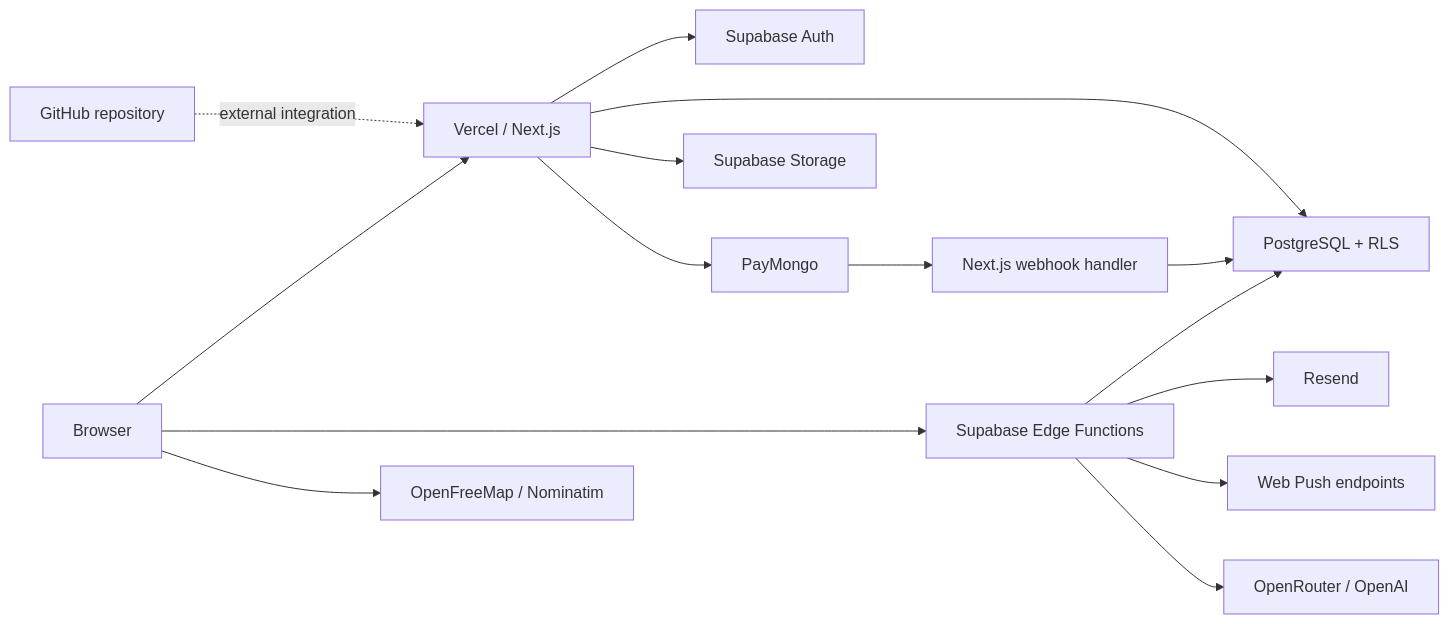
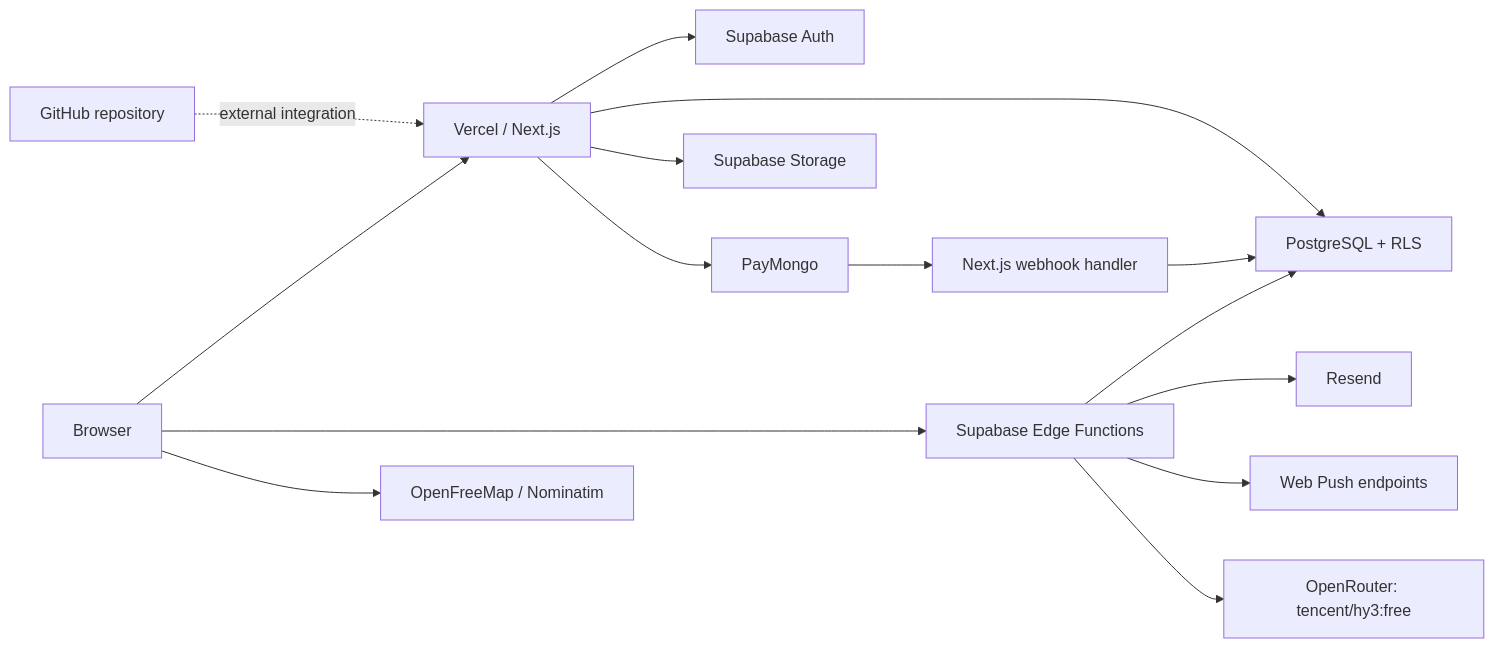
One commit to Jassim3nidad/venora changed the first of 10 diagrams in docs/architecture.md. Above: the diagram before and after it, drawn with Mermaid. The commit also changed other lines of this file and 45 other files, not shown here.

````diff
--- a/docs/architecture.md
+++ b/docs/architecture.md
@@ -9,17 +9,17 @@
 ```mermaid
 flowchart LR
   Browser["Browser"] --> Vercel["Vercel / Next.js"]
   Vercel --> Auth["Supabase Auth"]
   Vercel --> DB["PostgreSQL + RLS"]
   Vercel --> Storage["Supabase Storage"]
   Vercel --> PayMongo["PayMongo"]
   PayMongo --> Webhook["Next.js webhook handler"]
   Webhook --> DB
   Browser --> Edge["Supabase Edge Functions"]
   Edge --> DB
   Edge --> Resend["Resend"]
   Edge --> Push["Web Push endpoints"]
-  Edge --> AI["OpenRouter / OpenAI"]
+  Edge --> AI["OpenRouter: tencent/hy3:free"]
   Browser --> Maps["OpenFreeMap / Nominatim"]
   GitHub["GitHub repository"] -. "external integration" .-> Vercel
 ```
````
